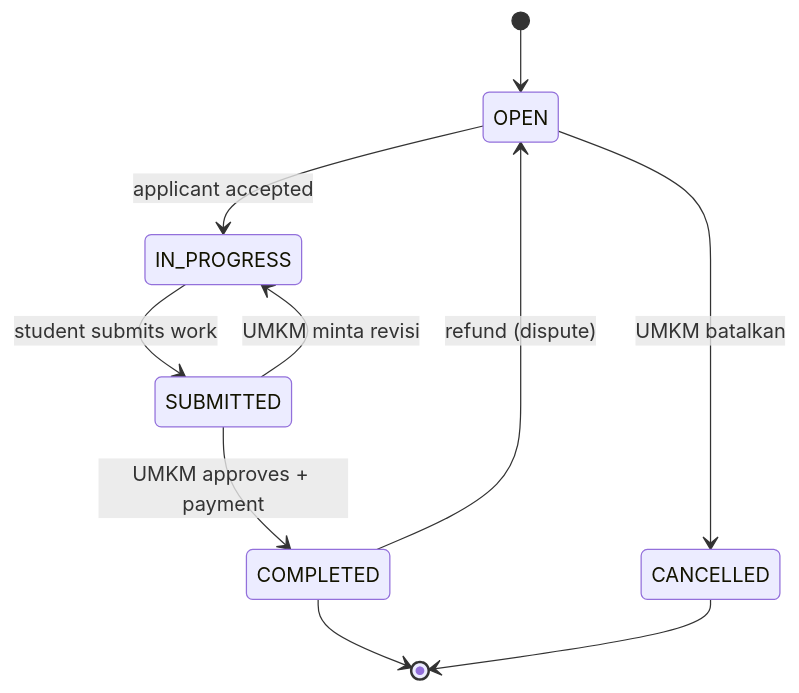
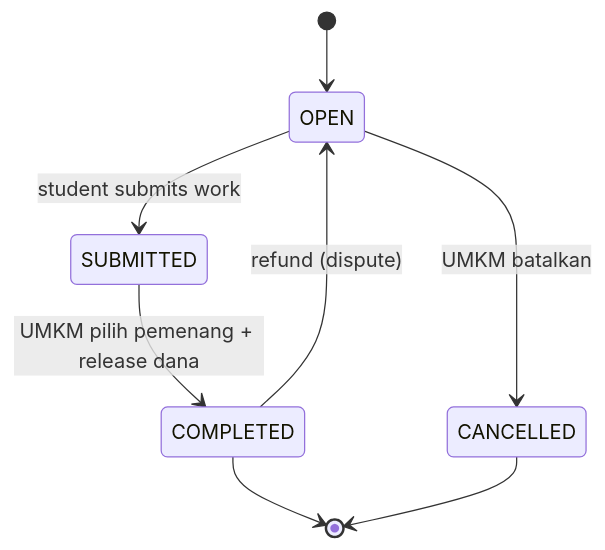
Before and after one commit to wanfauzi/kivu-laravel: the second of 4 diagrams in prd.md, drawn with Mermaid. The commit also changed other lines of this file and 185 other files, not shown here.

````diff
--- a/prd.md
+++ b/prd.md
@@ -260,12 +261,10 @@
 ```mermaid
 stateDiagram-v2
     [*] --> OPEN
-    OPEN --> IN_PROGRESS: applicant accepted
+    OPEN --> SUBMITTED: student submits work
     OPEN --> CANCELLED: UMKM batalkan
-    IN_PROGRESS --> SUBMITTED: student submits work
-    SUBMITTED --> IN_PROGRESS: UMKM minta revisi
-    SUBMITTED --> COMPLETED: UMKM approves + payment
+    SUBMITTED --> COMPLETED: UMKM pilih pemenang + release dana
     COMPLETED --> OPEN: refund (dispute)
     COMPLETED --> [*]
     CANCELLED --> [*]
 ```
````
